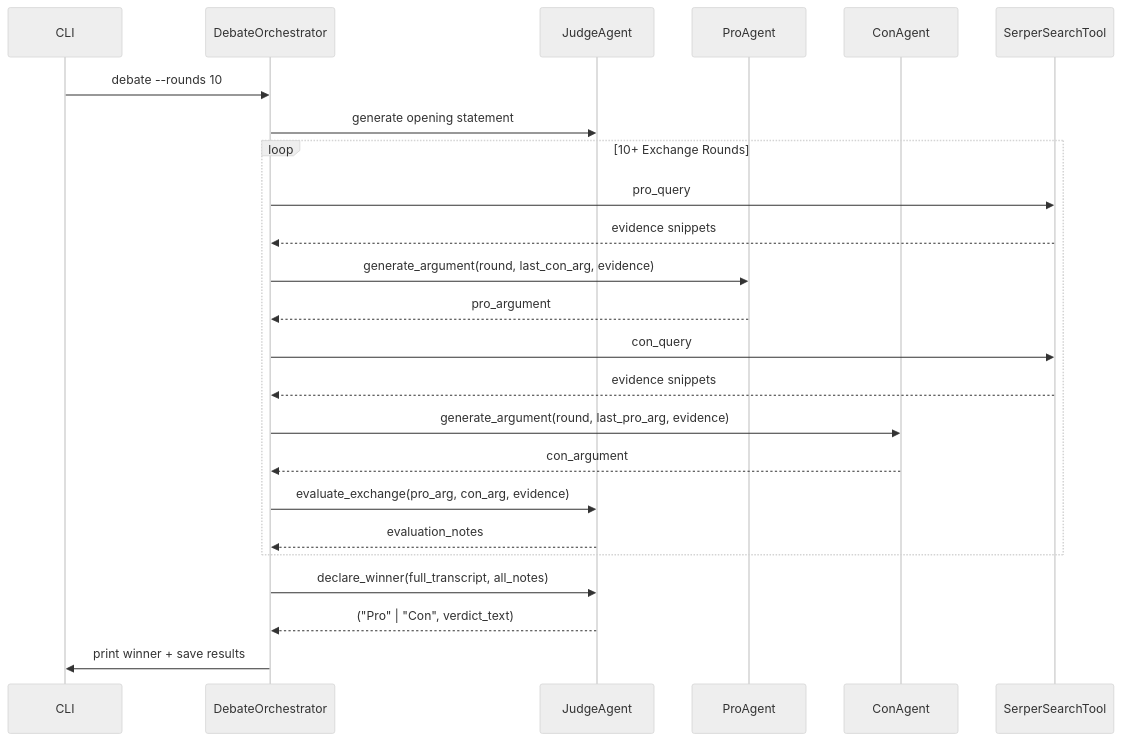
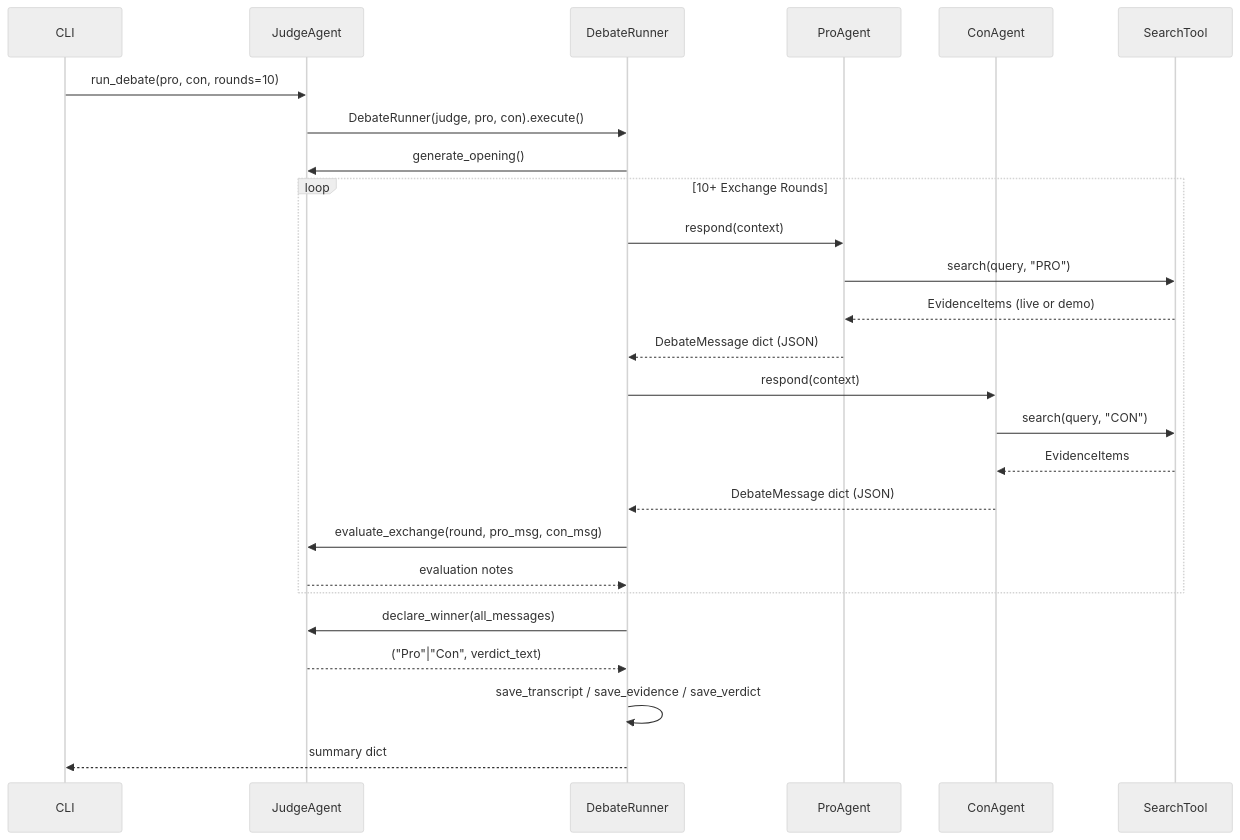
Before and after one commit to awawdyamal04/ai-agent-debate: the second of 3 diagrams in README.md, drawn with Mermaid (neutral theme). The commit also changed other lines of this file and 39 other files, not shown here.

````diff
--- a/README.md
+++ b/README.md
@@ -41,29 +36,29 @@
 ```mermaid
 sequenceDiagram
     participant CLI
-    participant Orch as DebateOrchestrator
     participant Judge as JudgeAgent
+    participant Runner as DebateRunner
     participant Pro as ProAgent
     participant Con as ConAgent
-    participant Search as SerperSearchTool
+    participant Search as SearchTool
 
-    CLI->>Orch: debate --rounds 10
-    Orch->>Judge: generate opening statement
+    CLI->>Judge: run_debate(pro, con, rounds=10)
+    Judge->>Runner: DebateRunner(judge, pro, con).execute()
+    Runner->>Judge: generate_opening()
     loop 10+ Exchange Rounds
-        Orch->>Search: pro_query
-        Search-->>Orch: evidence snippets
-        Orch->>Pro: generate_argument(round, last_con_arg, evidence)
-        Pro-->>Orch: pro_argument
-
-        Orch->>Search: con_query
-        Search-->>Orch: evidence snippets
-        Orch->>Con: generate_argument(round, last_pro_arg, evidence)
-        Con-->>Orch: con_argument
-
-        Orch->>Judge: evaluate_exchange(pro_arg, con_arg, evidence)
-        Judge-->>Orch: evaluation_notes
+        Runner->>Pro: respond(context)
+        Pro->>Search: search(query, "PRO")
+        Search-->>Pro: EvidenceItems (live or demo)
+        Pro-->>Runner: DebateMessage dict (JSON)
+        Runner->>Con: respond(context)
+        Con->>Search: search(query, "CON")
+        Search-->>Con: EvidenceItems
+        Con-->>Runner: DebateMessage dict (JSON)
+        Runner->>Judge: evaluate_exchange(round, pro_msg, con_msg)
+        Judge-->>Runner: evaluation notes
     end
-    Orch->>Judge: declare_winner(full_transcript, all_notes)
-    Judge-->>Orch: ("Pro" | "Con", verdict_text)
-    Orch->>CLI: print winner + save results
+    Runner->>Judge: declare_winner(all_messages)
+    Judge-->>Runner: ("Pro"|"Con", verdict_text)
+    Runner->>Runner: save_transcript / save_evidence / save_verdict
+    Runner-->>CLI: summary dict
 ```
````
